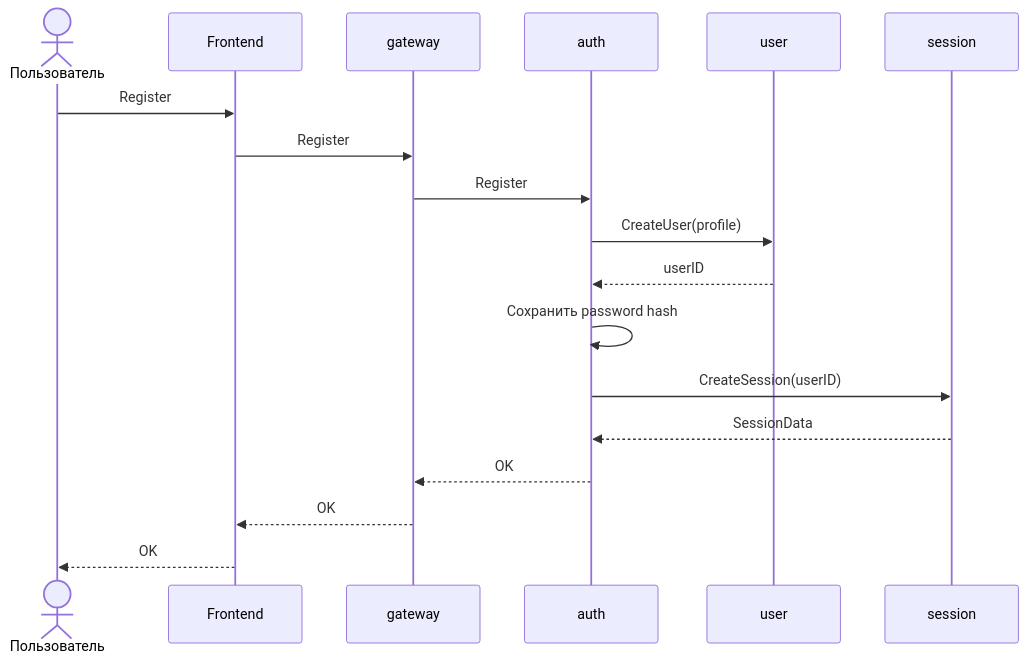
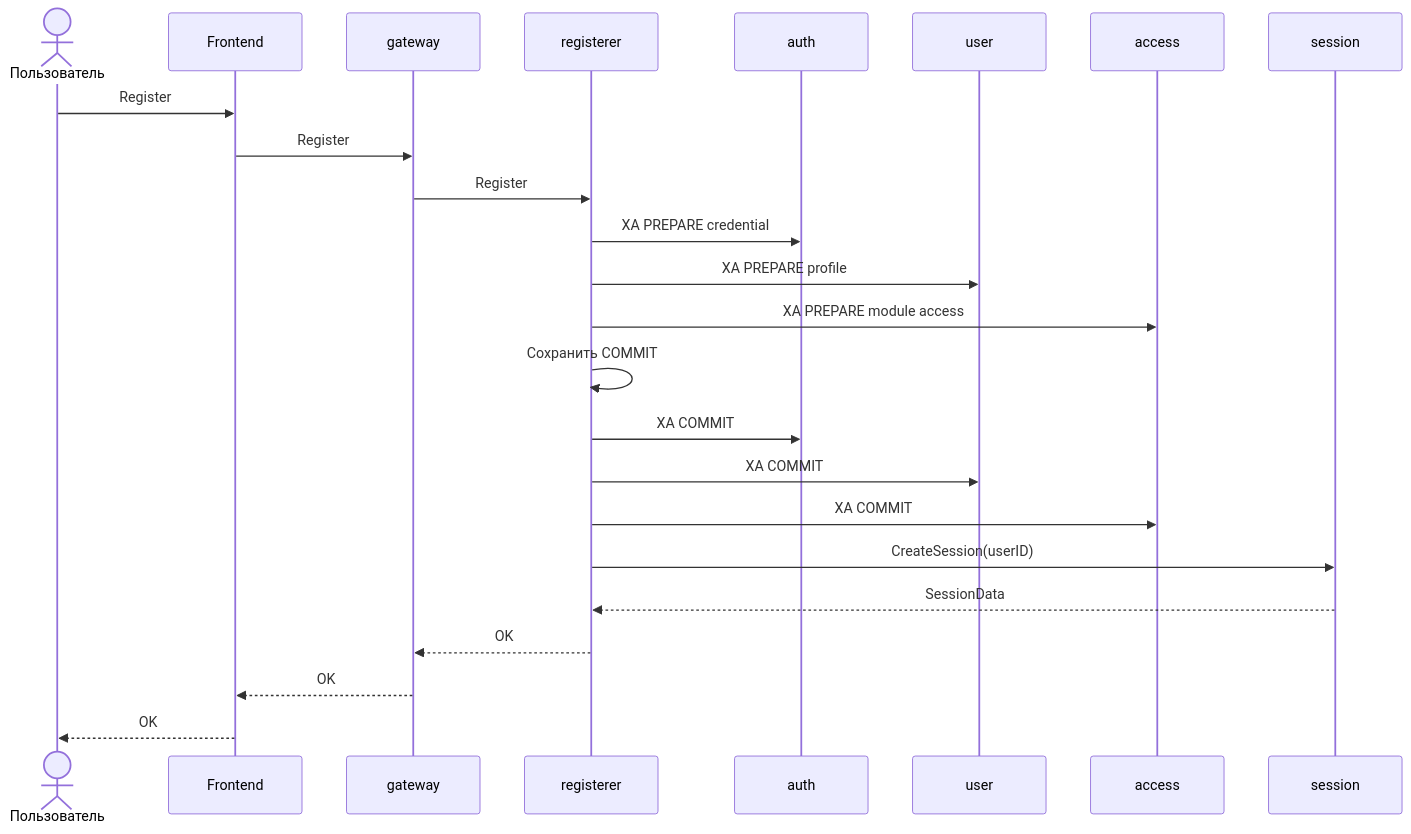
One commit to Exevald/aura-platform changed the third of 6 diagrams in docs/architecture.md. Above: the diagram before and after it, drawn with Mermaid. The commit also changed other lines of this file and 741 other files, not shown here.

````diff
--- a/docs/architecture.md
+++ b/docs/architecture.md
@@ -562,20 +650,26 @@
 ```mermaid
 sequenceDiagram
     actor Client as Пользователь
     participant Frontend
     participant Gateway as gateway
+    participant Registerer as registerer
     participant Auth as auth
     participant User as user
+    participant Access as access
     participant Session as session
     Client ->> Frontend: Register
     Frontend ->> Gateway: Register
-    Gateway ->> Auth: Register
-    Auth ->> User: CreateUser(profile)
-    User -->> Auth: userID
-    Auth ->> Auth: Сохранить password hash
-    Auth ->> Session: CreateSession(userID)
-    Session -->> Auth: SessionData
-    Auth -->> Gateway: OK
+    Gateway ->> Registerer: Register
+    Registerer ->> Auth: XA PREPARE credential
+    Registerer ->> User: XA PREPARE profile
+    Registerer ->> Access: XA PREPARE module access
+    Registerer ->> Registerer: Сохранить COMMIT
+    Registerer ->> Auth: XA COMMIT
+    Registerer ->> User: XA COMMIT
+    Registerer ->> Access: XA COMMIT
+    Registerer ->> Session: CreateSession(userID)
+    Session -->> Registerer: SessionData
+    Registerer -->> Gateway: OK
     Gateway -->> Frontend: OK
     Frontend -->> Client: OK
 ```
````
